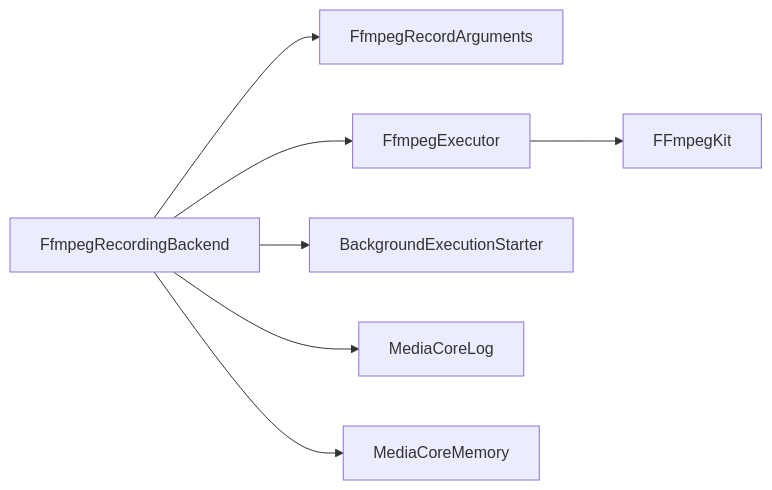
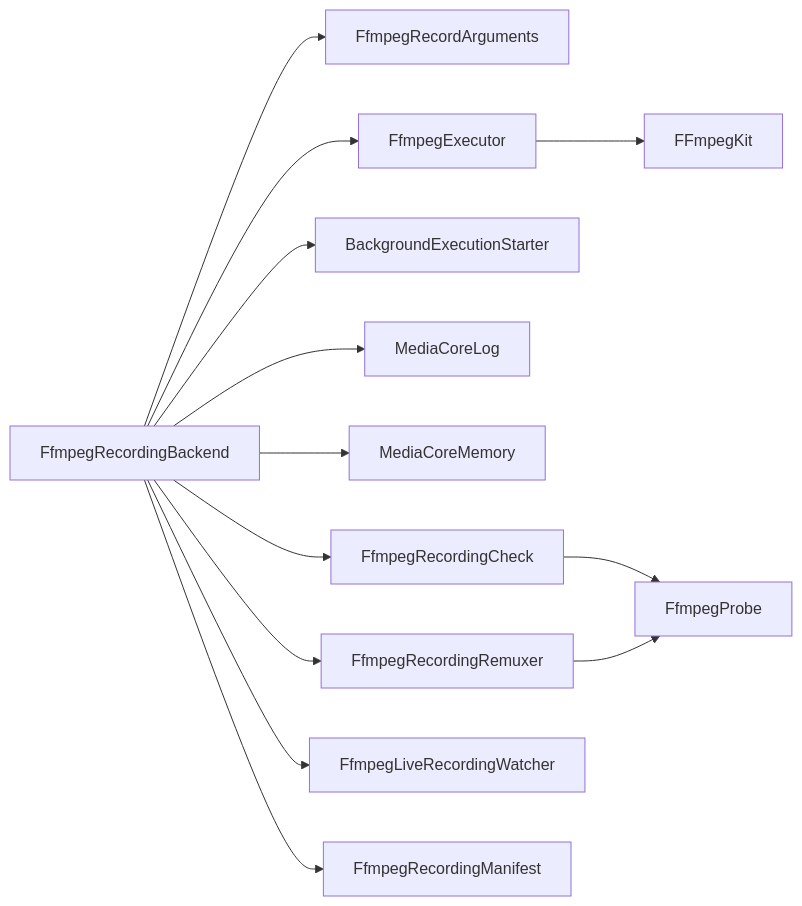
The ninth of 9 diagrams in .qoder/repowiki/zh/content/高级功能/FFmpeg 录播.md (SSSherlocked/media_core), drawn with Mermaid before and after one commit. The commit also changed other lines of this file and 6 other files, not shown here.

````diff
--- a/.qoder/repowiki/zh/content/高级功能/FFmpeg 录播.md
+++ b/.qoder/repowiki/zh/content/高级功能/FFmpeg 录播.md
@@ -261,9 +605,15 @@
 ```mermaid
 graph LR
 Backend["FfmpegRecordingBackend"] --> Args["FfmpegRecordArguments"]
 Backend --> Exec["FfmpegExecutor"]
 Exec --> Kit["FFmpegKit"]
 Backend --> BE["BackgroundExecutionStarter"]
 Backend --> Log["MediaCoreLog"]
 Backend --> Mem["MediaCoreMemory"]
+Backend --> Verifier["FfmpegRecordingCheck"]
+Backend --> Remuxer["FfmpegRecordingRemuxer"]
+Backend --> Watcher["FfmpegLiveRecordingWatcher"]
+Backend --> Manifest["FfmpegRecordingManifest"]
+Verifier --> Probe["FfmpegProbe"]
+Remuxer --> Probe
 ```
````
